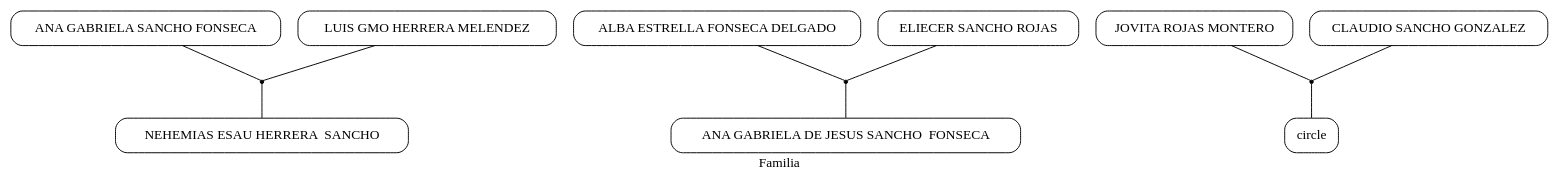
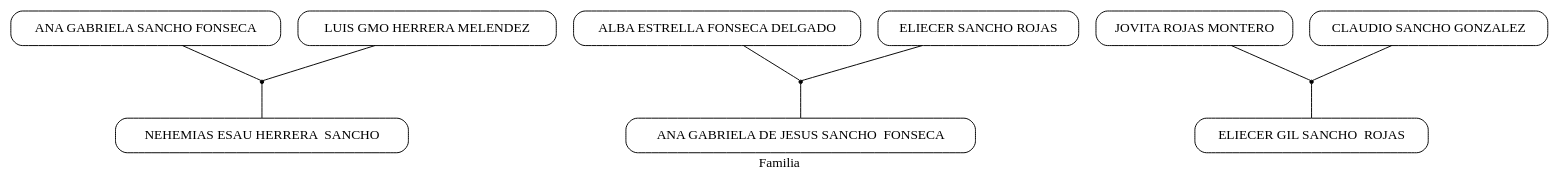
One commit to Gio666/python-git changed the diagram in 003/simple.dot. Above: the diagram before and after it, drawn with Graphviz. The commit also changed 3 other files, not shown here.

```diff
--- a/003/simple.dot
+++ b/003/simple.dot
@@ -1,25 +1,23 @@
 strict digraph  {
 	graph [diredgeconstraints=true,
 		label=Familia,
 		mode=ipsep,
 		overlap=orthoxy,
 		sep=0.5
 	];
-	node [label="\N",
-		shape=box,
+	node [shape=box,
 		style=rounded
 	];
 	"NEHEMIAS ESAU HERRERA  SANCHO ANA GABRIELA SANCHO FONSECA LUIS GMO HERRERA MELENDEZ "	 [shape=point];
 	"ANA GABRIELA SANCHO FONSECA " -> "NEHEMIAS ESAU HERRERA  SANCHO ANA GABRIELA SANCHO FONSECA LUIS GMO HERRERA MELENDEZ "	 [arrowhead=none];
 	"LUIS GMO HERRERA MELENDEZ " -> "NEHEMIAS ESAU HERRERA  SANCHO ANA GABRIELA SANCHO FONSECA LUIS GMO HERRERA MELENDEZ "	 [arrowhead=none];
 	"NEHEMIAS ESAU HERRERA  SANCHO ANA GABRIELA SANCHO FONSECA LUIS GMO HERRERA MELENDEZ " -> "NEHEMIAS ESAU HERRERA  SANCHO "	 [arrowhead=none];
 	"ANA GABRIELA DE JESUS SANCHO  FONSECA ALBA ESTRELLA FONSECA DELGADO ELIECER SANCHO ROJAS "	 [shape=point];
 	"ALBA ESTRELLA FONSECA DELGADO " -> "ANA GABRIELA DE JESUS SANCHO  FONSECA ALBA ESTRELLA FONSECA DELGADO ELIECER SANCHO ROJAS "	 [arrowhead=none];
 	"ELIECER SANCHO ROJAS " -> "ANA GABRIELA DE JESUS SANCHO  FONSECA ALBA ESTRELLA FONSECA DELGADO ELIECER SANCHO ROJAS "	 [arrowhead=none];
 	"ANA GABRIELA DE JESUS SANCHO  FONSECA ALBA ESTRELLA FONSECA DELGADO ELIECER SANCHO ROJAS " -> "ANA GABRIELA DE JESUS SANCHO  FONSECA "	 [arrowhead=none];
-	"ELIECER GIL SANCHO  ROJAS "	 [label=circle];
 	"ELIECER GIL SANCHO  ROJAS JOVITA ROJAS MONTERO CLAUDIO SANCHO GONZALEZ "	 [shape=point];
 	"JOVITA ROJAS MONTERO " -> "ELIECER GIL SANCHO  ROJAS JOVITA ROJAS MONTERO CLAUDIO SANCHO GONZALEZ "	 [arrowhead=none];
 	"CLAUDIO SANCHO GONZALEZ " -> "ELIECER GIL SANCHO  ROJAS JOVITA ROJAS MONTERO CLAUDIO SANCHO GONZALEZ "	 [arrowhead=none];
 	"ELIECER GIL SANCHO  ROJAS JOVITA ROJAS MONTERO CLAUDIO SANCHO GONZALEZ " -> "ELIECER GIL SANCHO  ROJAS "	 [arrowhead=none];
 }
```
